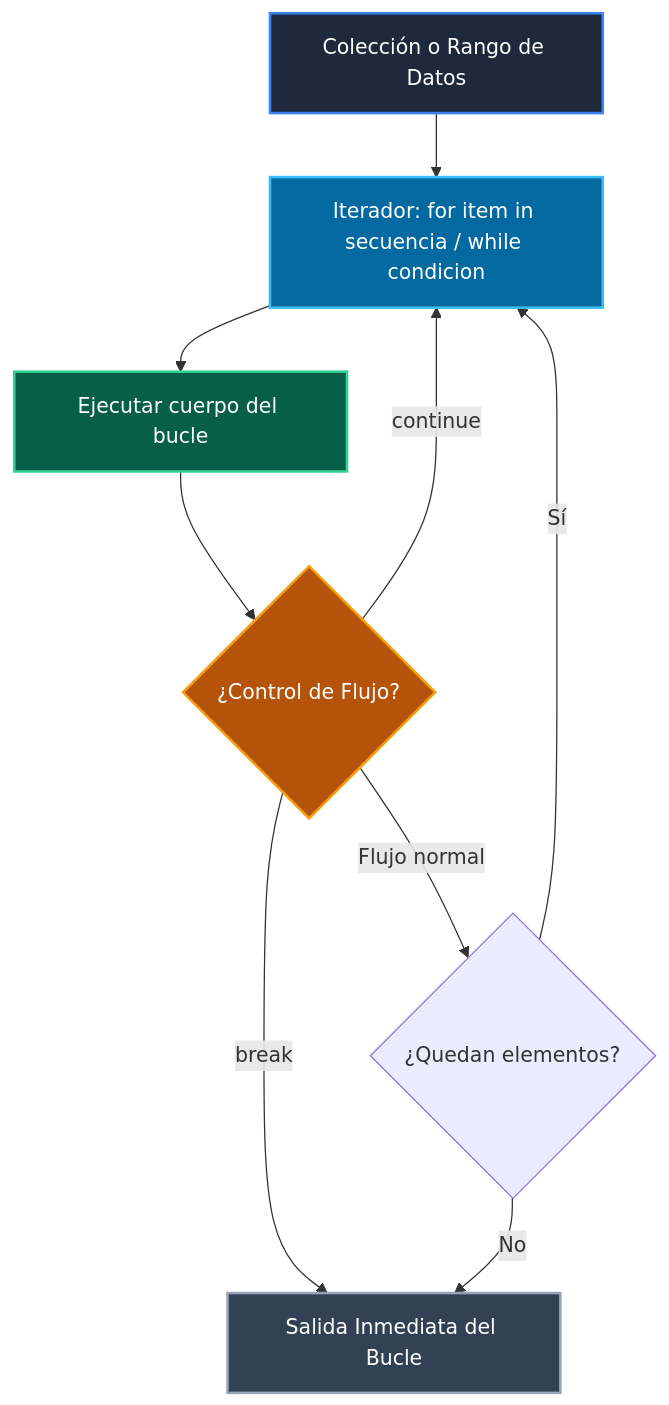
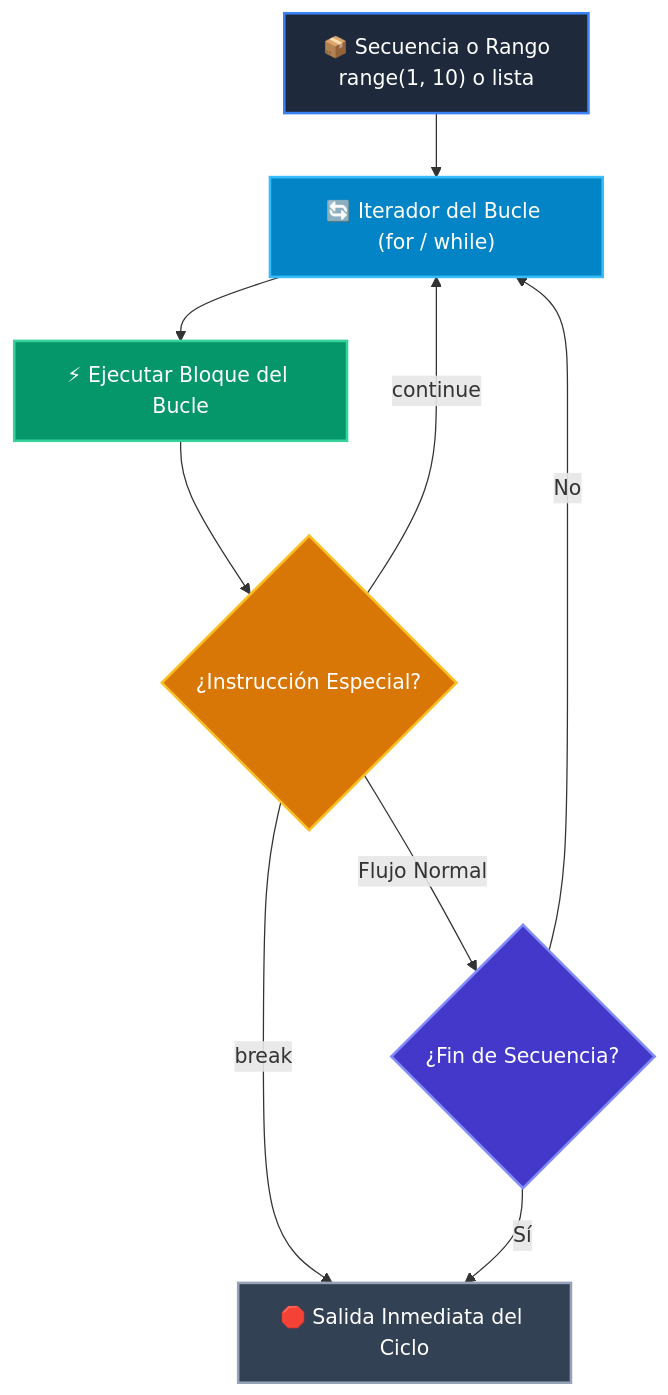
Before and after one commit to wisrovi/wisrovi-python: the diagram in 01-fundamentos-python/clase-04-control-flujo-bucles/README.md, drawn with Mermaid. The commit also changed other lines of this file and 54 other files, not shown here.

Commit message:
refactor: clean repository root by moving maintenance scripts to scripts/ and restore rich high-contrast Mermaid diagrams for all classes and examples

````diff
--- a/01-fundamentos-python/clase-04-control-flujo-bucles/README.md
+++ b/01-fundamentos-python/clase-04-control-flujo-bucles/README.md
@@ -12,17 +12,18 @@
 ```mermaid
 flowchart TD
-    INIT["Colección o Rango de Datos"] --> ITER["Iterador: for item in secuencia / while condicion"]
-    ITER --> BODY["Ejecutar cuerpo del bucle"]
-    BODY --> CTRL{"¿Control de Flujo?"}
+    SEQ["📦 Secuencia o Rango<br/>range(1, 10) o lista"] --> ITER["🔄 Iterador del Bucle (for / while)"]
+    ITER --> BODY["⚡ Ejecutar Bloque del Bucle"]
+    BODY --> CTRL{"¿Instrucción Especial?"}
     CTRL -->|continue| ITER
-    CTRL -->|break| END["Salida Inmediata del Bucle"]
-    CTRL -->|Flujo normal| NEXT{"¿Quedan elementos?"}
-    NEXT -->|Sí| ITER
-    NEXT -->|No| END
+    CTRL -->|break| EXIT["🛑 Salida Inmediata del Ciclo"]
+    CTRL -->|Flujo Normal| NEXT{"¿Fin de Secuencia?"}
+    NEXT -->|No| ITER
+    NEXT -->|Sí| EXIT
 
-    style INIT fill:#1e293b,color:#fff,stroke:#3b82f6,stroke-width:2px
-    style ITER fill:#0369a1,color:#fff,stroke:#38bdf8,stroke-width:2px
-    style BODY fill:#065f46,color:#fff,stroke:#34d399,stroke-width:2px
-    style CTRL fill:#b45309,color:#fff,stroke:#f59e0b,stroke-width:2px
-    style END fill:#334155,color:#fff,stroke:#94a3b8,stroke-width:2px
+    style SEQ fill:#1e293b,color:#ffffff,stroke:#3b82f6,stroke-width:2px
+    style ITER fill:#0284c7,color:#ffffff,stroke:#38bdf8,stroke-width:2px
+    style BODY fill:#059669,color:#ffffff,stroke:#34d399,stroke-width:2px
+    style CTRL fill:#d97706,color:#ffffff,stroke:#fbbf24,stroke-width:2px
+    style NEXT fill:#4338ca,color:#ffffff,stroke:#818cf8,stroke-width:2px
+    style EXIT fill:#334155,color:#ffffff,stroke:#94a3b8,stroke-width:2px
 ```
````
